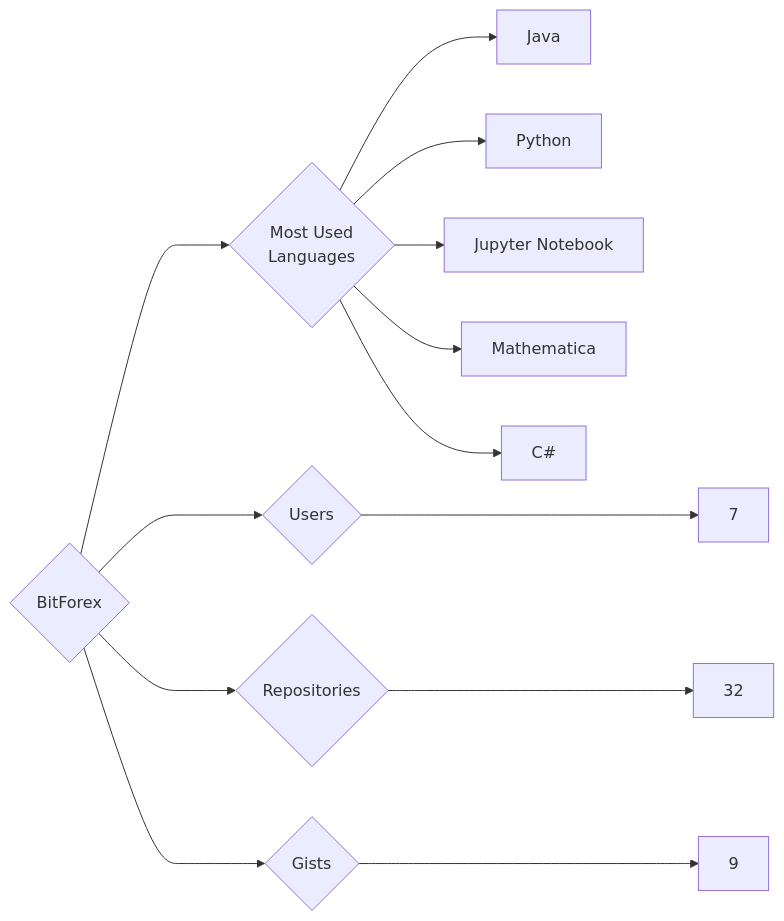
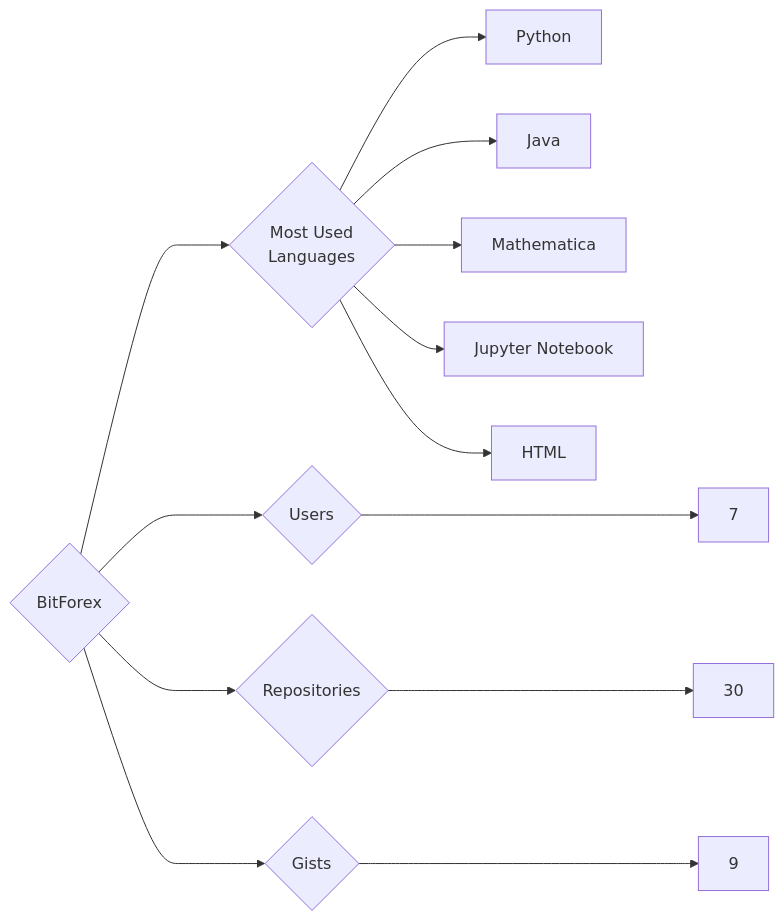
One commit to trickest/insiders changed the diagram in targets/BitForex/README.md. Above: the diagram before and after it, drawn with Mermaid. The commit also changed 559 other files, not shown here.

````diff
--- a/targets/BitForex/README.md
+++ b/targets/BitForex/README.md
@@ -3,13 +3,13 @@
 ```mermaid
 graph LR
 COMPANY_NAME{BitForex}
 COMPANY_NAME ---> U{Users} ---> UN[7]
-COMPANY_NAME ---> R{Repositories} ---> RN[32]
+COMPANY_NAME ---> R{Repositories} ---> RN[30]
 COMPANY_NAME ---> G{Gists} ---> GN[9]
 COMPANY_NAME ---> ML{Most Used<br>Languages}
+ML --> Python[Python]
 ML --> Java[Java]
-ML --> Python[Python]
+ML --> Mathematica[Mathematica]
 ML --> Jupyter_Notebook[Jupyter Notebook]
-ML --> Mathematica[Mathematica]
-ML --> C#[C#]
+ML --> HTML[HTML]
 ```
````
